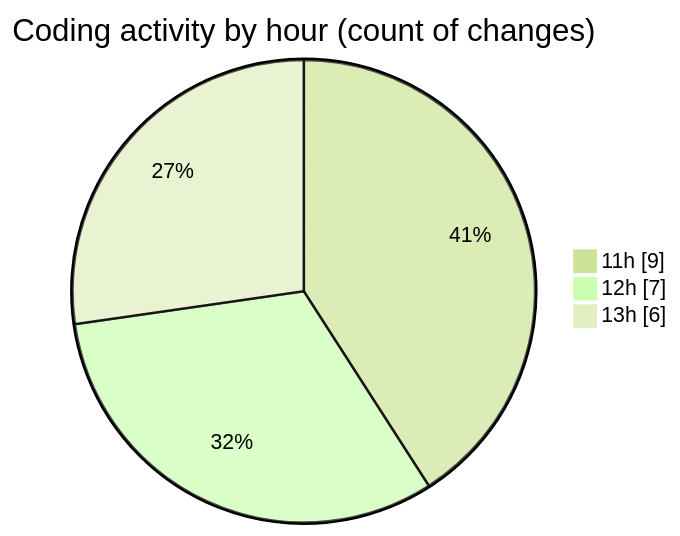
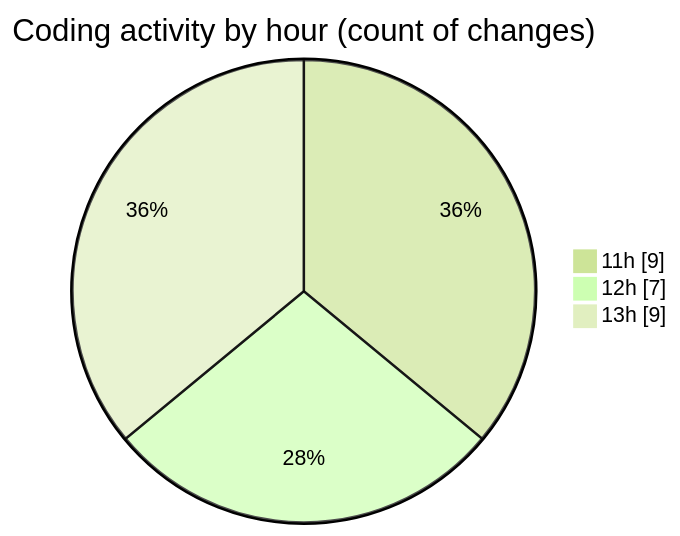
Before and after one commit to EIIisD/code-tracking: the second of 2 diagrams in 2025-08-07/ribbon/README.md, drawn with Mermaid (forest theme). The commit also changed other lines of this file and 1 other file, not shown here.

````diff
--- a/2025-08-07/ribbon/README.md
+++ b/2025-08-07/ribbon/README.md
@@ -42,7 +42,7 @@
 ```mermaid
 pie showData
 title Coding activity by hour (count of changes)
 "11h" : 9
 "12h" : 7
-"13h" : 6
+"13h" : 9
 ```
````
